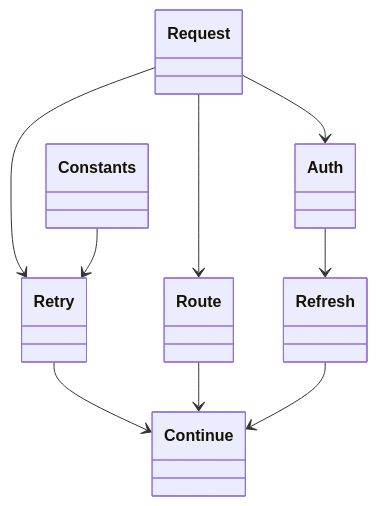
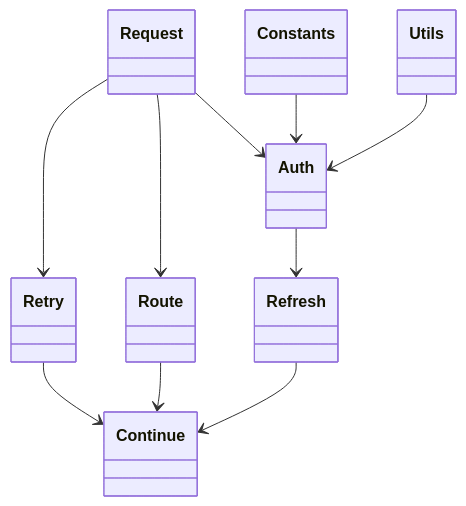
The fourth of 4 diagrams in packages/@webex/plugin-meetings/src/interceptors/ai-docs/interceptors-spec.md (webex/webex-js-sdk), drawn with Mermaid before and after one commit. The commit also changed other lines of this file and 24 other files, not shown here.

````diff
--- a/packages/@webex/plugin-meetings/src/interceptors/ai-docs/interceptors-spec.md
+++ b/packages/@webex/plugin-meetings/src/interceptors/ai-docs/interceptors-spec.md
@@ -162,18 +172,20 @@
 ```mermaid
 classDiagram
   class Request
   class Retry
   class Route
   class Auth
   class Continue
   class Refresh
   class Constants
+  class Utils
   Request --> Retry
   Request --> Route
   Request --> Auth
   Retry --> Continue
   Route --> Continue
   Auth --> Refresh
   Refresh --> Continue
-  Constants --> Retry
+  Constants --> Auth
+  Utils --> Auth
 ```
````
